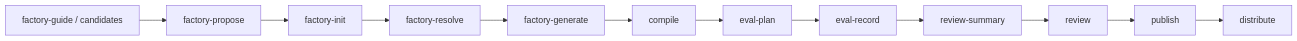
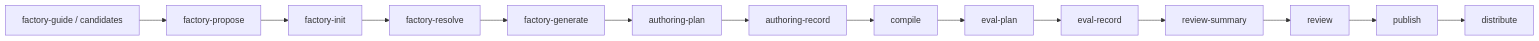
The first of 2 diagrams in zh/cli/bundle.mdx (rpamis/comet-website-docs), drawn with Mermaid before and after one commit. The commit also changed other lines of this file and 12 other files, not shown here.

````diff
--- a/zh/cli/bundle.mdx
+++ b/zh/cli/bundle.mdx
@@ -19,14 +19,16 @@
 ```mermaid
 flowchart LR
   A["factory-guide / candidates"] --> B["factory-propose"]
   B --> C["factory-init"]
   C --> D["factory-resolve"]
   D --> E["factory-generate"]
-  E --> F["compile"]
+  E --> AP["authoring-plan"]
+  AP --> AR["authoring-record"]
+  AR --> F["compile"]
   F --> G["eval-plan"]
   G --> H["eval-record"]
   H --> I["review-summary"]
   I --> J["review"]
   J --> K["publish"]
   K --> L["distribute"]
 ```
````
